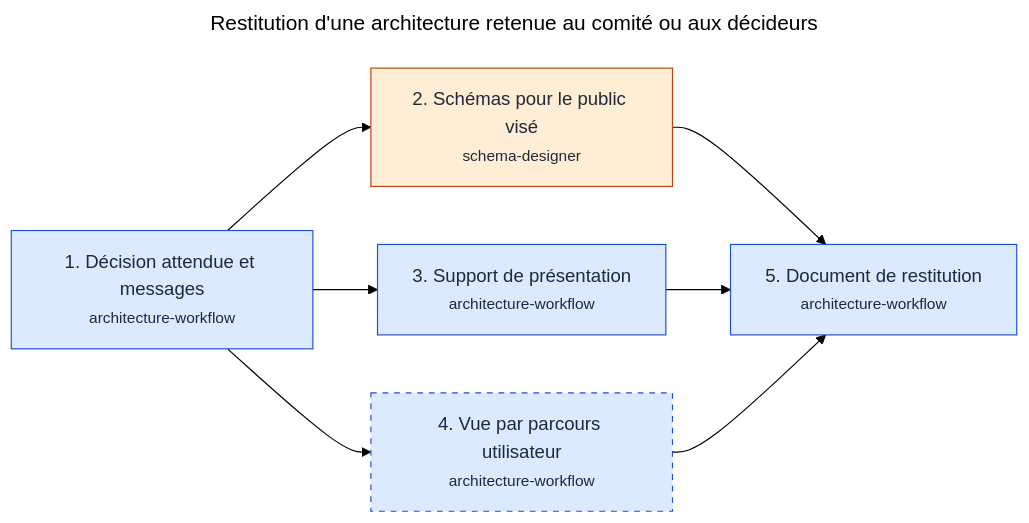
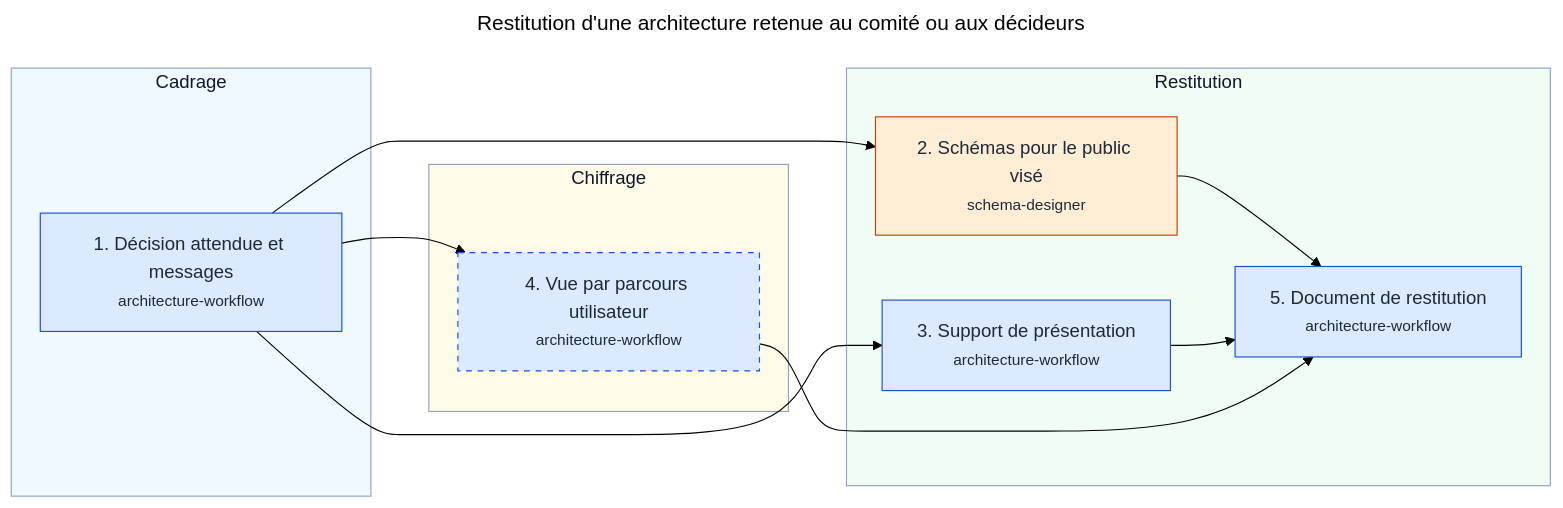
The diagram in docs/workflows/restitution.md (RenaudVanhille/myskills), drawn with Mermaid (forest theme) before and after one commit. The commit also changed other lines of this file and 35 other files, not shown here.

````diff
--- a/docs/workflows/restitution.md
+++ b/docs/workflows/restitution.md
@@ -19,23 +19,34 @@
 ```mermaid
 ---
 title: "Restitution d'une architecture retenue au comité ou aux décideurs"
 ---
 flowchart LR
-  s_messages["1. Décision attendue et messages<br/><small>architecture-workflow</small>"]
-  s_schemas["2. Schémas pour le public visé<br/><small>schema-designer</small>"]
-  s_presentation["3. Support de présentation<br/><small>architecture-workflow</small>"]
-  s_parcours["4. Vue par parcours utilisateur<br/><small>architecture-workflow</small>"]
-  s_document["5. Document de restitution<br/><small>architecture-workflow</small>"]
+  subgraph z_cadrage["Cadrage"]
+    s_messages["1. Décision attendue et messages<br/><small>architecture-workflow</small>"]
+  end
+  style z_cadrage fill:#f0f9ff,stroke:#94a3b8,color:#0f172a
+  subgraph z_chiffrage["Chiffrage"]
+    s_parcours["4. Vue par parcours utilisateur<br/><small>architecture-workflow</small>"]
+  end
+  style z_chiffrage fill:#fefce8,stroke:#94a3b8,color:#0f172a
+  subgraph z_restitution["Restitution"]
+    s_schemas["2. Schémas pour le public visé<br/><small>schema-designer</small>"]
+    s_presentation["3. Support de présentation<br/><small>architecture-workflow</small>"]
+    s_document["5. Document de restitution<br/><small>architecture-workflow</small>"]
+  end
+  style z_restitution fill:#f0fdf4,stroke:#94a3b8,color:#0f172a
   s_messages --> s_schemas
   s_messages --> s_presentation
   s_messages --> s_parcours
   s_schemas --> s_document
   s_presentation --> s_document
   s_parcours --> s_document
+  s_messages ~~~ s_parcours
+  s_parcours ~~~ s_schemas
   classDef moteur fill:#dbeafe,stroke:#1d4ed8,color:#1f2937
   classDef agent fill:#ffedd5,stroke:#c2410c,color:#1f2937
   classDef facultative stroke-dasharray:5 5
   class s_messages,s_presentation,s_parcours,s_document moteur
   class s_schemas agent
   class s_parcours facultative
 ```
````
